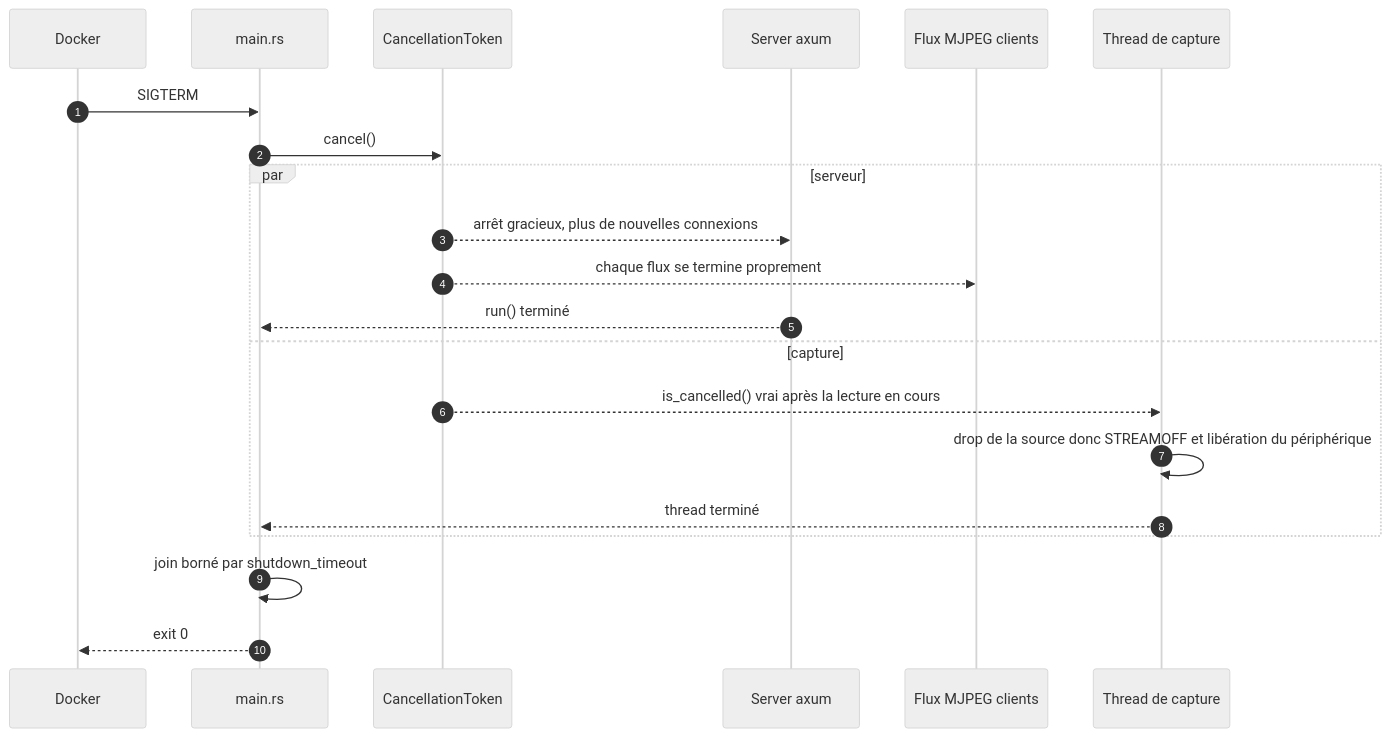
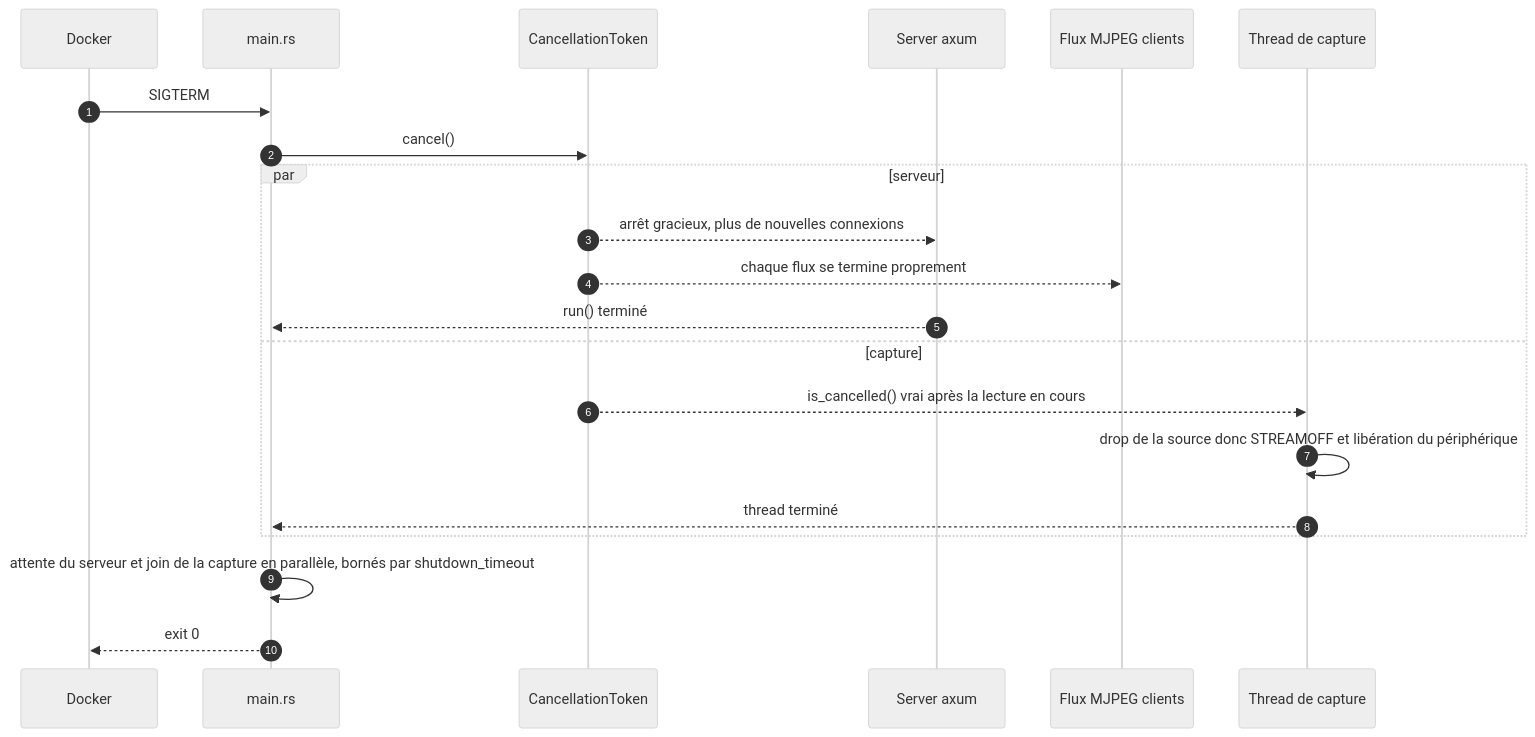
The eighth of 10 diagrams in docs/architecture.md (jprecigout/camstream), drawn with Mermaid (neutral theme) before and after one commit. The commit also changed other lines of this file and 54 other files, not shown here.

````diff
--- a/docs/architecture.md
+++ b/docs/architecture.md
@@ -1245,23 +1446,23 @@
 ```mermaid
 sequenceDiagram
     autonumber
     participant D as Docker
     participant Main as main.rs
     participant T as CancellationToken
     participant Srv as Server axum
     participant C as Flux MJPEG clients
     participant Sup as Thread de capture
     D->>Main: SIGTERM
     Main->>T: cancel()
     par serveur
         T-->>Srv: arrêt gracieux, plus de nouvelles connexions
         T-->>C: chaque flux se termine proprement
         Srv-->>Main: run() terminé
     and capture
         T-->>Sup: is_cancelled() vrai après la lecture en cours
         Sup->>Sup: drop de la source donc STREAMOFF et libération du périphérique
         Sup-->>Main: thread terminé
     end
-    Main->>Main: join borné par shutdown_timeout
+    Main->>Main: attente du serveur et join de la capture en parallèle, bornés par shutdown_timeout
     Main-->>D: exit 0
 ```
````
